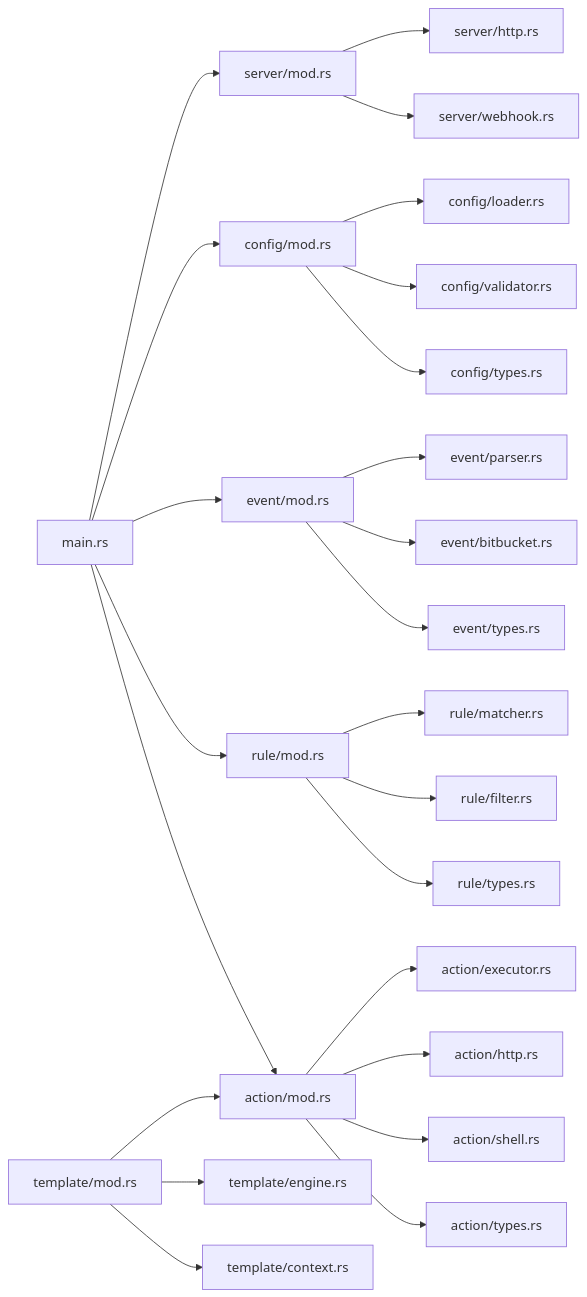
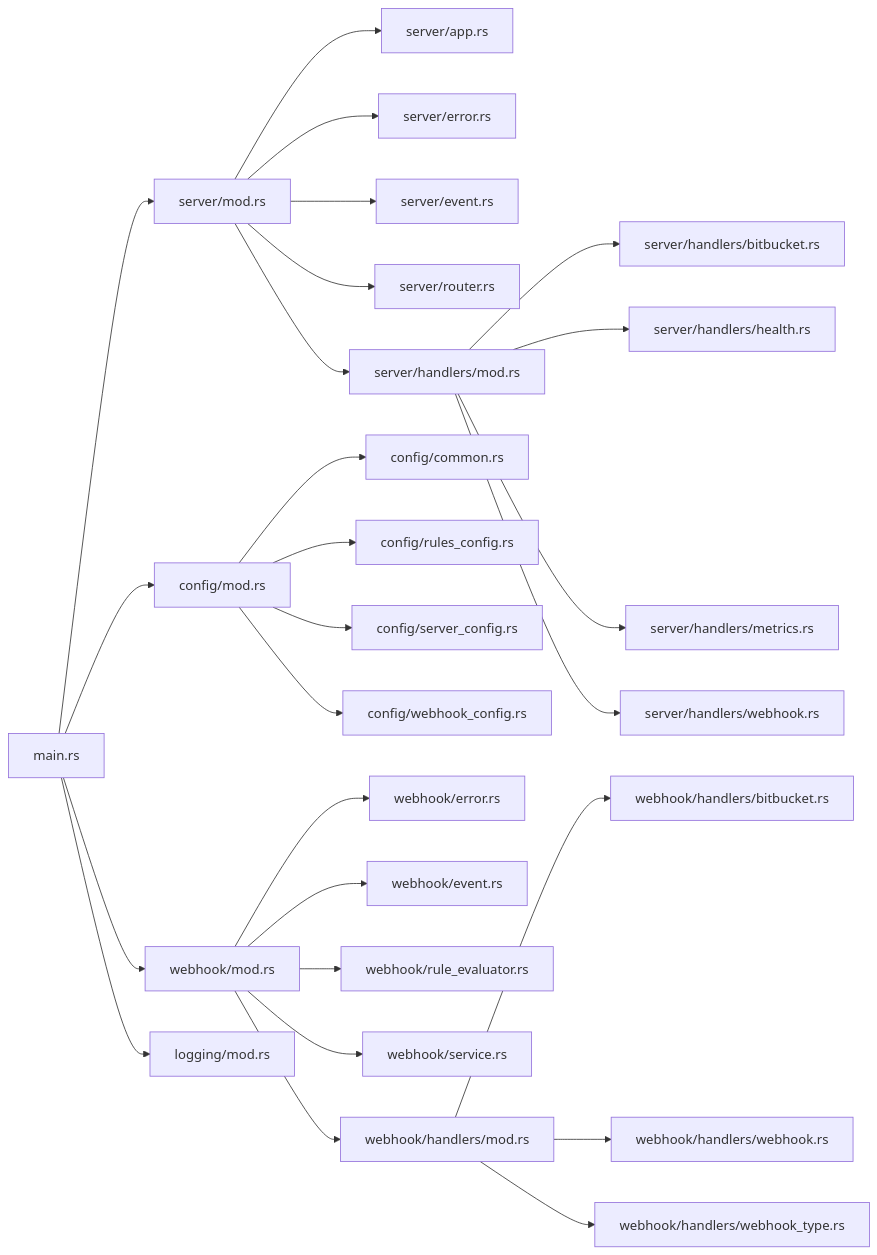
One commit to acfabro/git-actions changed the fourth of 4 diagrams in docs/architecture.md. Above: the diagram before and after it, drawn with Mermaid. The commit also changed other lines of this file and 35 other files, not shown here.

````diff
--- a/docs/architecture.md
+++ b/docs/architecture.md
@@ -141,32 +148,33 @@
 ```mermaid
 graph LR
     main[main.rs] --> server[server/mod.rs]
     main --> config[config/mod.rs]
-    main --> event[event/mod.rs]
-    main --> rule[rule/mod.rs]
-    main --> action[action/mod.rs]
+    main --> webhook[webhook/mod.rs]
+    main --> logging[logging/mod.rs]
     
-    server --> server_http[server/http.rs]
-    server --> server_webhook[server/webhook.rs]
+    server --> server_app[server/app.rs]
+    server --> server_error[server/error.rs]
+    server --> server_event[server/event.rs]
+    server --> server_router[server/router.rs]
+    server --> server_handlers[server/handlers/mod.rs]
     
-    config --> config_loader[config/loader.rs]
-    config --> config_validator[config/validator.rs]
-    config --> config_types[config/types.rs]
+    server_handlers --> handlers_bitbucket[server/handlers/bitbucket.rs]
+    server_handlers --> handlers_health[server/handlers/health.rs]
+    server_handlers --> handlers_metrics[server/handlers/metrics.rs]
+    server_handlers --> handlers_webhook[server/handlers/webhook.rs]
     
-    event --> event_parser[event/parser.rs]
-    event --> event_bitbucket[event/bitbucket.rs]
-    event --> event_types[event/types.rs]
+    config --> config_common[config/common.rs]
+    config --> config_rules[config/rules_config.rs]
+    config --> config_server[config/server_config.rs]
+    config --> config_webhook[config/webhook_config.rs]
     
-    rule --> rule_matcher[rule/matcher.rs]
-    rule --> rule_filter[rule/filter.rs]
-    rule --> rule_types[rule/types.rs]
+    webhook --> webhook_error[webhook/error.rs]
+    webhook --> webhook_event[webhook/event.rs]
+    webhook --> webhook_rule_evaluator[webhook/rule_evaluator.rs]
+    webhook --> webhook_service[webhook/service.rs]
+    webhook --> webhook_handlers[webhook/handlers/mod.rs]
     
-    action --> action_executor[action/executor.rs]
-    action --> action_http[action/http.rs]
-    action --> action_shell[action/shell.rs]
-    action --> action_types[action/types.rs]
-    
-    template[template/mod.rs] --> action
-    template --> template_engine[template/engine.rs]
-    template --> template_context[template/context.rs]
+    webhook_handlers --> webhook_handlers_bitbucket[webhook/handlers/bitbucket.rs]
+    webhook_handlers --> webhook_handlers_webhook[webhook/handlers/webhook.rs]
+    webhook_handlers --> webhook_handlers_webhook_type[webhook/handlers/webhook_type.rs]
 ```
````
